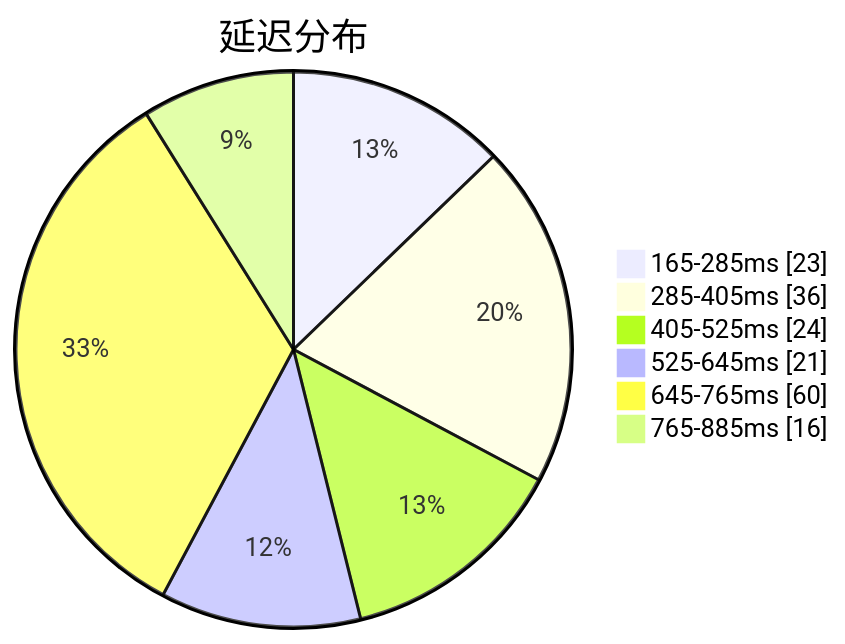
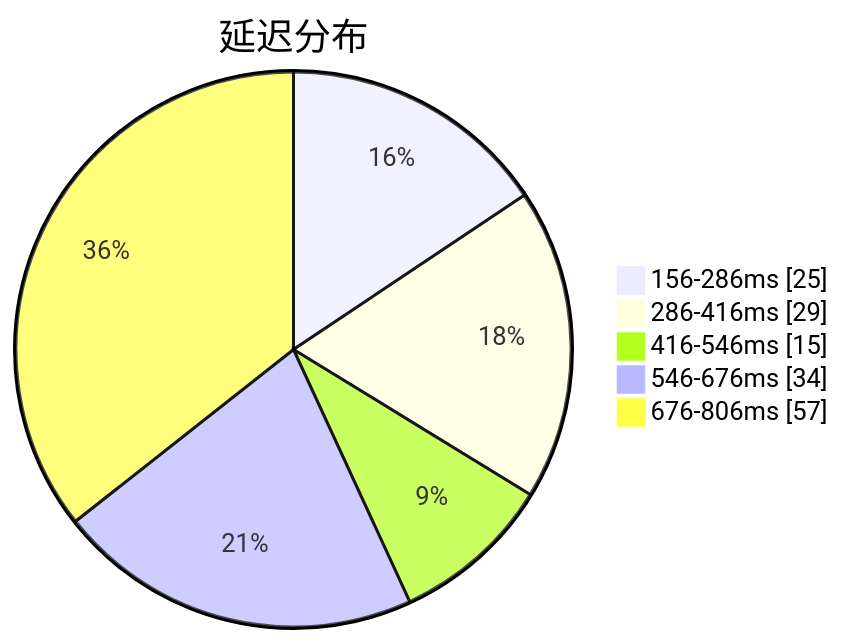
Before and after one commit to qjlxg/airport: the first of 3 diagrams in subs/statistics/tested_within.md, drawn with Mermaid. The commit also changed other lines of this file and 2 other files, not shown here.

````diff
--- a/subs/statistics/tested_within.md
+++ b/subs/statistics/tested_within.md
@@ -2,10 +2,9 @@
 ```mermaid
 pie showData
 title 延迟分布
-"165-285ms" : 23
-"285-405ms" : 36
-"405-525ms" : 24
-"525-645ms" : 21
-"645-765ms" : 60
-"765-885ms" : 16
+"156-286ms" : 25
+"286-416ms" : 29
+"416-546ms" : 15
+"546-676ms" : 34
+"676-806ms" : 57
 ```
````
